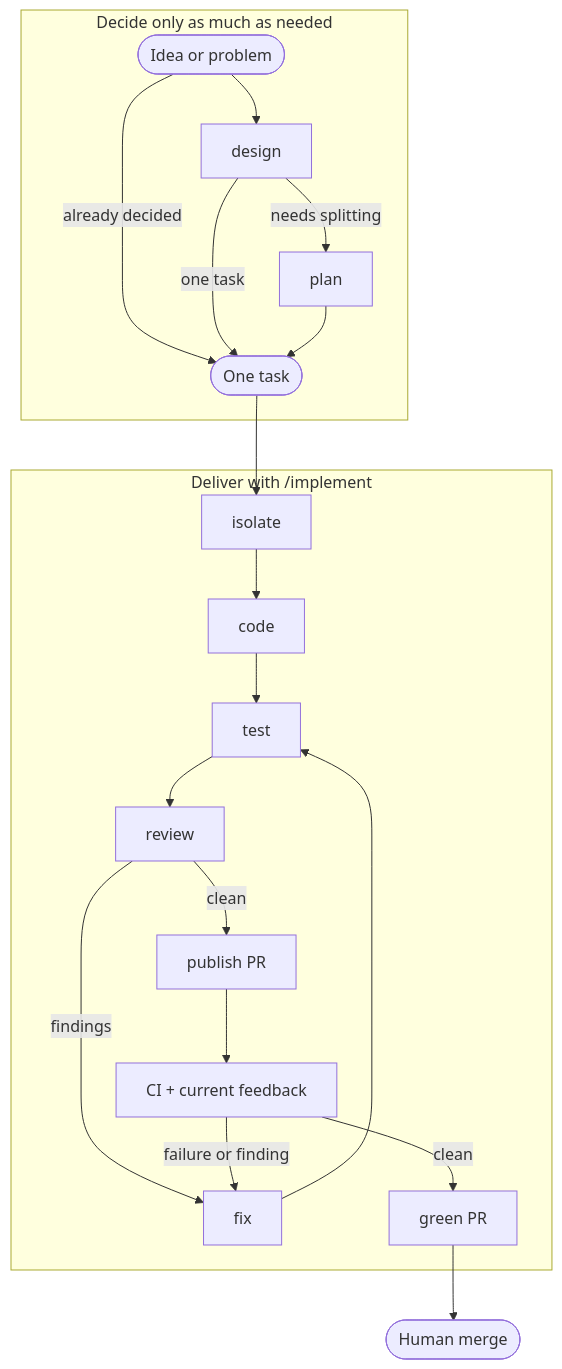
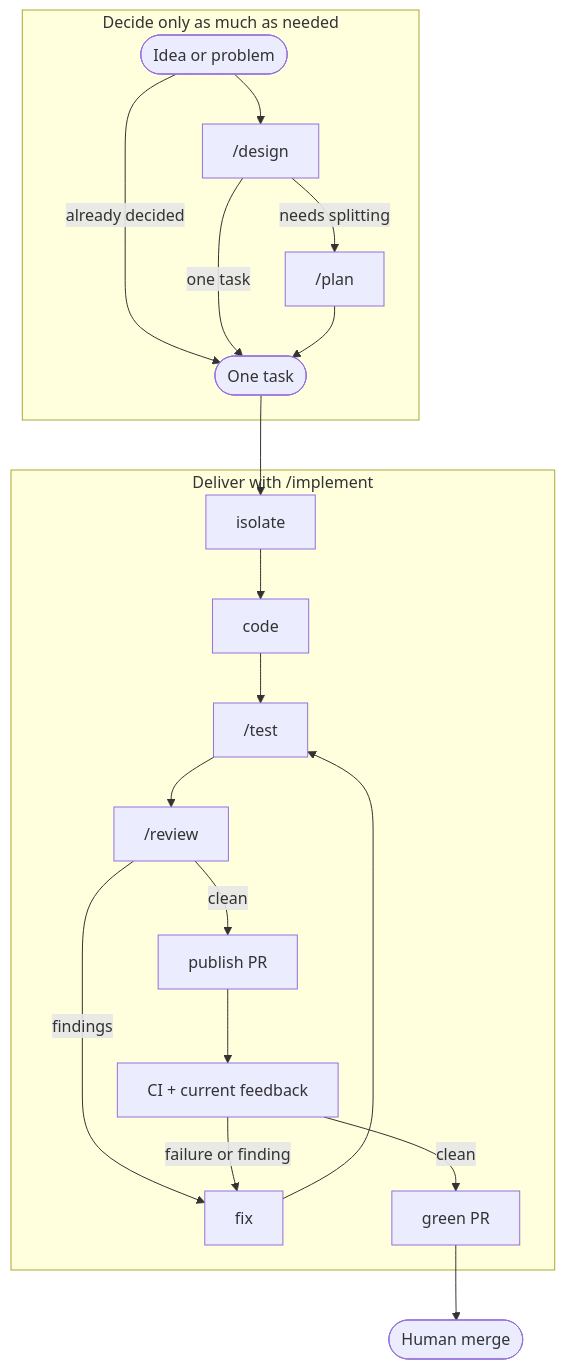
One commit to owainlewis/blueprint changed the diagram in README.md. Above: the diagram before and after it, drawn with Mermaid. The commit also changed other lines of this file and 5 other files, not shown here.

````diff
--- a/README.md
+++ b/README.md
@@ -30,19 +30,19 @@
 ```mermaid
 flowchart TB
     subgraph Decide["Decide only as much as needed"]
-        Idea([Idea or problem]) --> Design["design"]
+        Idea([Idea or problem]) --> Design["/design"]
         Idea -->|already decided| Task([One task])
         Design -->|one task| Task
-        Design -->|needs splitting| Plan["plan"] --> Task
+        Design -->|needs splitting| Plan["/plan"] --> Task
     end
 
     subgraph Deliver["Deliver with /implement"]
-        Task --> Isolate["isolate"] --> Code["code"] --> Test["test"] --> Review["review"]
+        Task --> Isolate["isolate"] --> Code["code"] --> Test["/test"] --> Review["/review"]
         Review -->|findings| Fix["fix"] --> Test
         Review -->|clean| Publish["publish PR"] --> Validate["CI + current feedback"]
         Validate -->|failure or finding| Fix
         Validate -->|clean| PR["green PR"]
     end
 
     PR --> Merge([Human merge])
 ```
````
